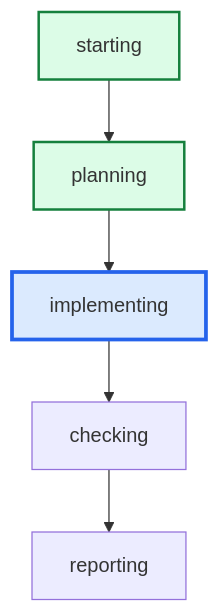
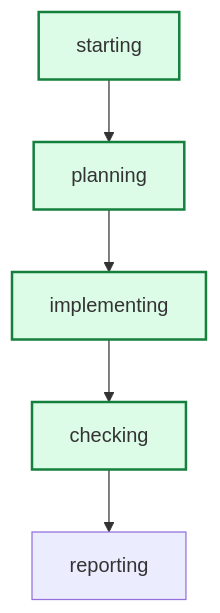
The diagram in latest/graph.mmd (daniell0gda/hermes-feature-check-dashboard), drawn with Mermaid before and after one commit. The commit also changed 51 other files, not shown here.

```diff
--- a/latest/graph.mmd
+++ b/latest/graph.mmd
@@ -1,12 +1,13 @@
 graph TD
     starting --> planning
     planning --> implementing
     implementing --> checking
     checking --> reporting
 
 classDef done fill:#dcfce7,stroke:#15803d,stroke-width:2px;
 classDef active fill:#dbeafe,stroke:#2563eb,stroke-width:3px;
 classDef failed fill:#fee2e2,stroke:#b42318,stroke-width:2px;
+class checking done;
+class implementing done;
+class starting done;
 class planning done;
-class implementing active;
-class starting done;
```
